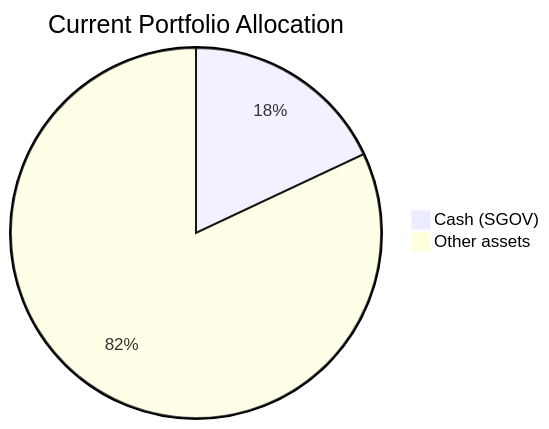
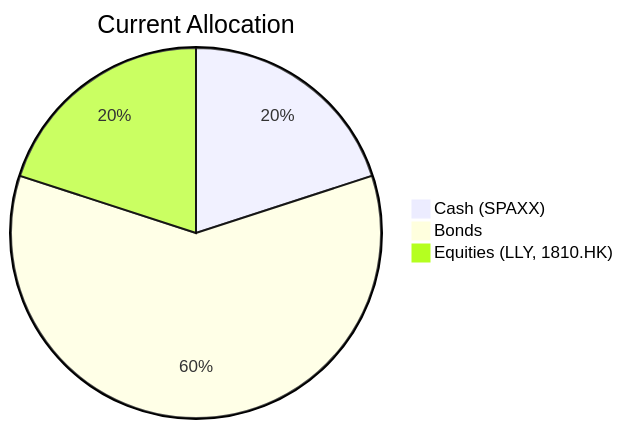
Before and after one commit to roger249/Bot-collaboration: diagram 15 of 20 in docs/sample outputs/product_investor_matching-deepseek-v4-flash.md, drawn with Mermaid. The commit also changed other lines of this file and 20 other files, not shown here.

````diff
--- a/docs/sample outputs/product_investor_matching-deepseek-v4-flash.md
+++ b/docs/sample outputs/product_investor_matching-deepseek-v4-flash.md
@@ -371,5 +320,6 @@
 ```mermaid
-pie title Current Portfolio Allocation
-    "Cash (SGOV)" : 18
-    "Other assets" : 82
+pie title Current Allocation
+    "Cash (SPAXX)" : 20.0
+    "Bonds" : 60.0
+    "Equities (LLY, 1810.HK)" : 20.0
 ```
````
